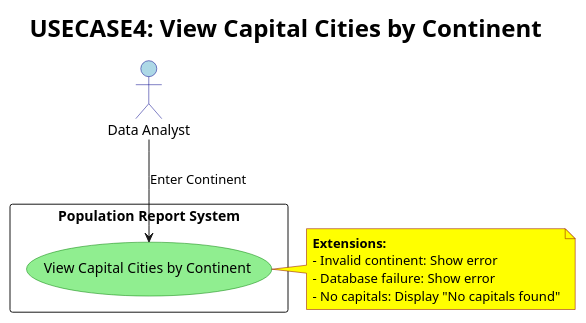
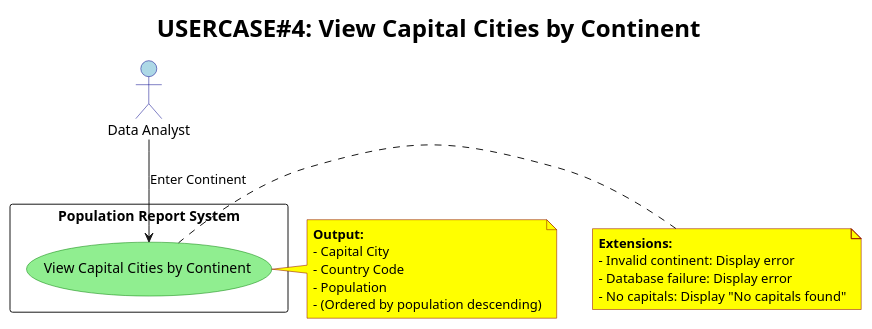
One commit to Mawa-Jr/population-report-system changed the diagram in use-cases/use-case-4.puml. Above: the diagram before and after it, drawn with PlantUML.

Commit message:
Revise use case 4 diagram for clarity and details
Updated use case diagram with corrected title and output details.

```diff
--- a/use-cases/use-case-4.puml
+++ b/use-cases/use-case-4.puml
@@ -1,26 +1,28 @@
 @startuml
 skinparam actor {
   BorderColor DarkBlue
   BackgroundColor LightBlue
   FontSize 14
 }
 skinparam usecase {
   BorderColor Green
   BackgroundColor LightGreen
   FontSize 14
 }
 skinparam titleFontSize 24
 skinparam noteBackgroundColor Yellow
 skinparam noteBorderColor DarkRed
 
-title USECASE4: View Capital Cities by Continent
+title USERCASE#4: View Capital Cities by Continent
 
 actor "Data Analyst" as User
 rectangle "Population Report System" {
   usecase "View Capital Cities by Continent" as UC4
 }
 
 User --> UC4 : Enter Continent
 
-note RIGHT of UC4: **Extensions:**\n- Invalid continent: Show error\n- Database failure: Show error\n- No capitals: Display "No capitals found"
+note right of UC4 : **Output:**\n- Capital City\n- Country Code\n- Population\n- (Ordered by population descending)
+
+note left of UC4 : **Extensions:**\n- Invalid continent: Display error\n- Database failure: Display error\n- No capitals: Display "No capitals found"
 @enduml
```
